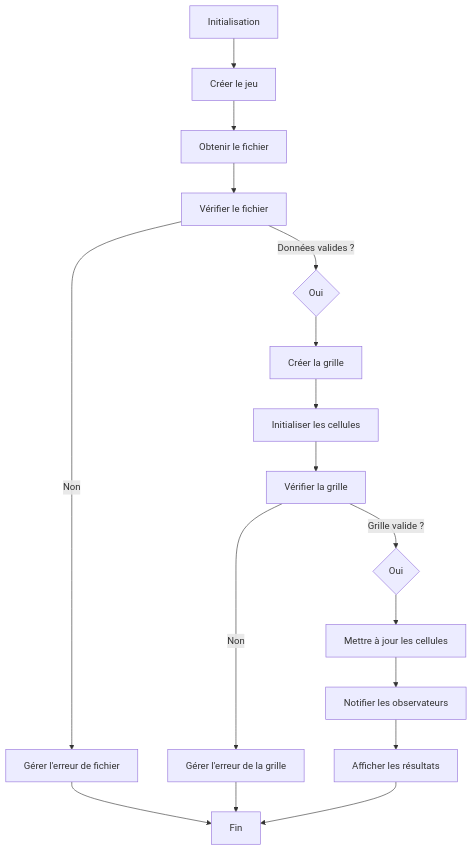
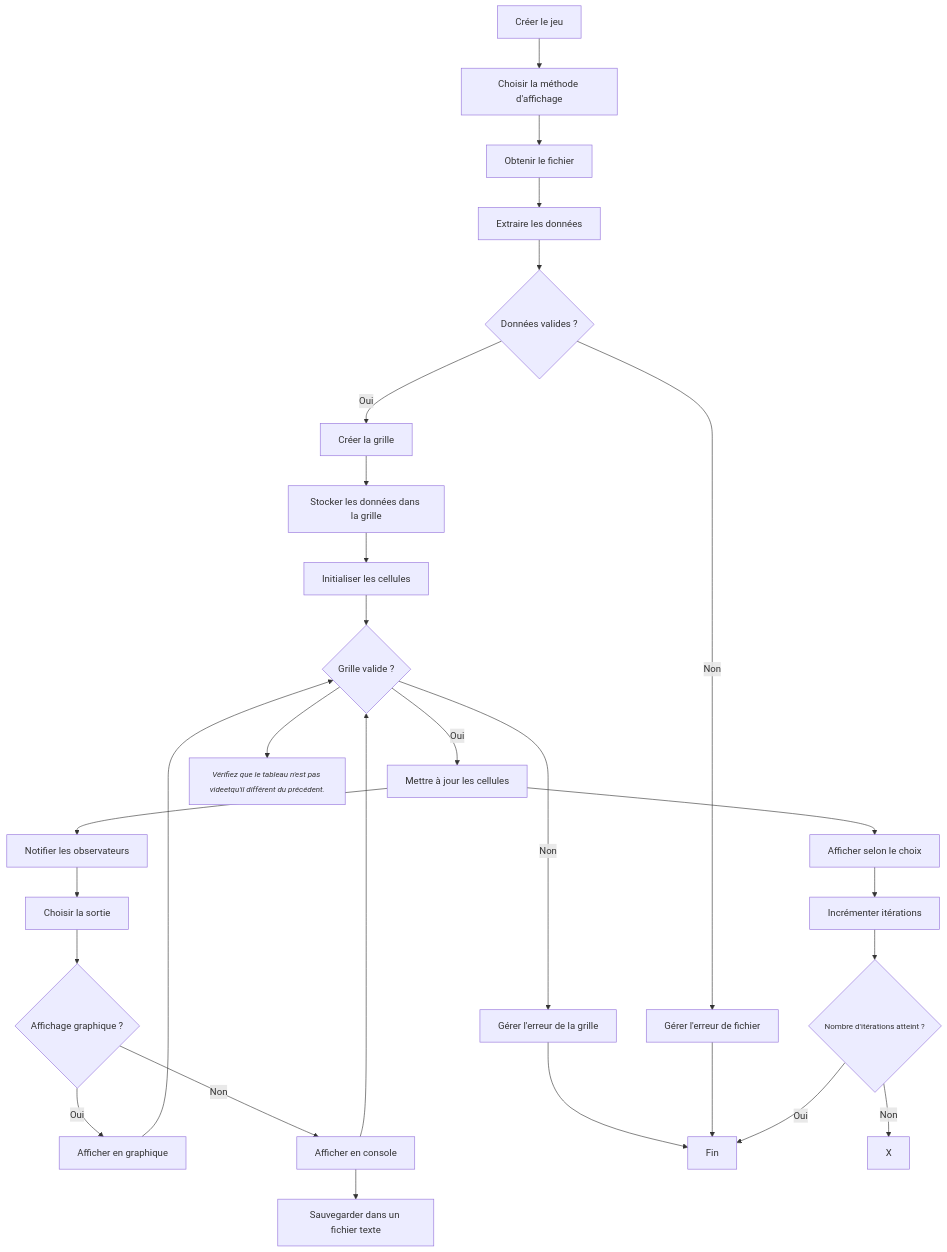
The diagram in Diagrams/ActivityDiagram.mmd (Luis06000/game-of-life), drawn with Mermaid before and after one commit. The commit also changed other lines of this file and 1 other file, not shown here.

Commit message:
Activity Diagram

```diff
--- a/Diagrams/ActivityDiagram.mmd
+++ b/Diagrams/ActivityDiagram.mmd
@@ -1,24 +1,32 @@
-%% Diagramme d'activité
+graph TD
+    A[Créer le jeu] --> B[Choisir la méthode d'affichage]
+    B --> C[Obtenir le fichier]
+    C --> D[Extraire les données]
+    D --> E{Données valides ?}
+    E -->|Non| F[Gérer l'erreur de fichier]
+    E -->|Oui| I[Créer la grille]
+    I --> J[Stocker les données dans la grille]
+    J --> K[Initialiser les cellules]
+    
+    K --> M{Grille valide ?}
 
-graph TD
-    A[Initialisation] --> B[Créer le jeu]
-    B --> C[Obtenir le fichier]
-    C --> D[Vérifier le fichier]
+    M -->|Non| O[Gérer l'erreur de la grille]
+    M -->|Oui| N[Mettre à jour les cellules]
+    N --> P[Notifier les observateurs]
+    P --> Q[Choisir la sortie]
+    Q --> R{Affichage graphique ?}
+    R -->|Oui| T[Afficher en graphique]
+    R -->|Non| U[Afficher en console]
+    U --> V[Sauvegarder dans un fichier texte]
+    U --> M
 
-    D -->|Données valides ?| E{Oui}
-    D -->|Non| F[Gérer l'erreur de fichier]
+    O --> W[Fin]
+    F --> W
+    T --> M
+    N -->Y[Afficher selon le choix]
+    Y --> Z[Incrémenter itérations]
+    Z --> AA{<small>Nombre d'itérations atteint ?</small>}
+    AA -->|Oui| W
+    AA -->|Non| X
 
-    E --> G[Créer la grille]
-    G --> H[Initialiser les cellules]
-    H --> I[Vérifier la grille]
-
-    I -->|Grille valide ?| J{Oui}
-    I -->|Non| K[Gérer l'erreur de la grille]
-
-    J --> L[Mettre à jour les cellules]
-    L --> M[Notifier les observateurs]
-    M --> N[Afficher les résultats]
-
-    F --> O[Fin]
-    K --> O
-    N --> O
+    M --> commentaire[<small><i>Vérifiez que le tableau n'est pas videetqu'il différent du précédent.</i></small>]
```
